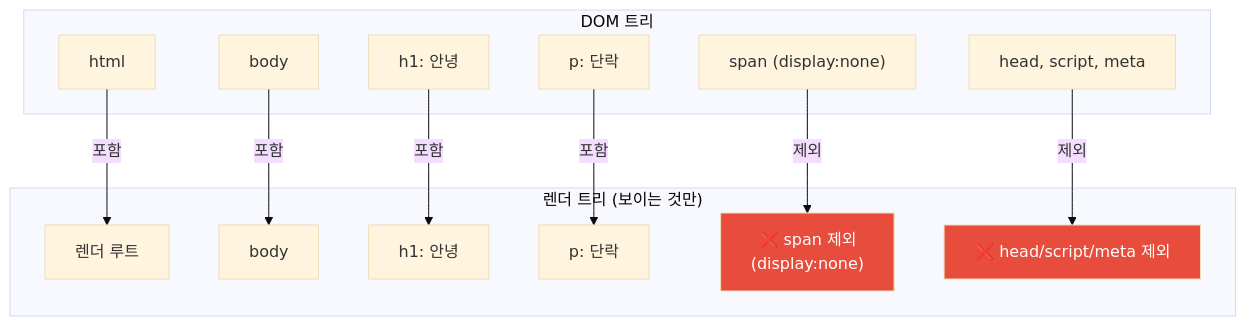
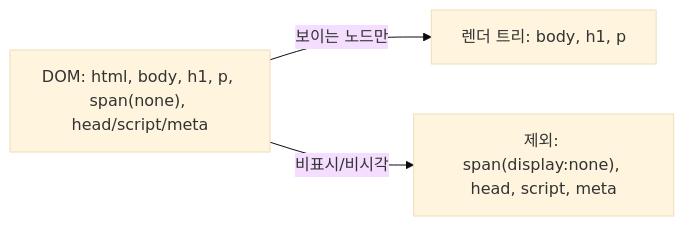
One commit to yjkim2015/yjkim2015.github.io changed the fourth of 8 diagrams in _posts/frontend/2026-05-01-browser-rendering.md. Above: the diagram before and after it, drawn with Mermaid (base theme). The commit also changed other lines of this file and 215 other files, not shown here.

First line of the commit message:
신규 포스트 10개 추가 + Mermaid 전면 축소 + SystemDesign 시리즈 보강

````diff
--- a/_posts/frontend/2026-05-01-browser-rendering.md
+++ b/_posts/frontend/2026-05-01-browser-rendering.md
@@ -207,30 +183,8 @@
 ```mermaid
-flowchart TD
-    subgraph "DOM 트리"
-        DH[html]
-        DB[body]
-        DH1[h1: 안녕]
-        DP[p: 단락]
-        DS["span (display:none)"]
-        DHEAD["head, script, meta"]
-    end
-
-    subgraph "렌더 트리 (보이는 것만)"
-        RR[렌더 루트]
-        RB[body]
-        RH1["h1: 안녕"]
-        RP["p: 단락"]
-        EXCL1["❌ span 제외\n(display:none)"]
-        EXCL2["❌ head/script/meta 제외"]
-    end
-
-    DH -->|포함| RR
-    DB -->|포함| RB
-    DH1 -->|포함| RH1
-    DP -->|포함| RP
-    DS -->|제외| EXCL1
-    DHEAD -->|제외| EXCL2
-
-    style EXCL1 fill:#e74c3c,color:#fff
-    style EXCL2 fill:#e74c3c,color:#fff
+flowchart LR
+    DOM["DOM: html, body, h1, p, span(none), head/script/meta"]
+    RT["렌더 트리: body, h1, p"]
+    EXCL["제외: span(display:none), head, script, meta"]
+    DOM -->|"보이는 노드만"| RT
+    DOM -->|"비표시/비시각"| EXCL
 ```
````
